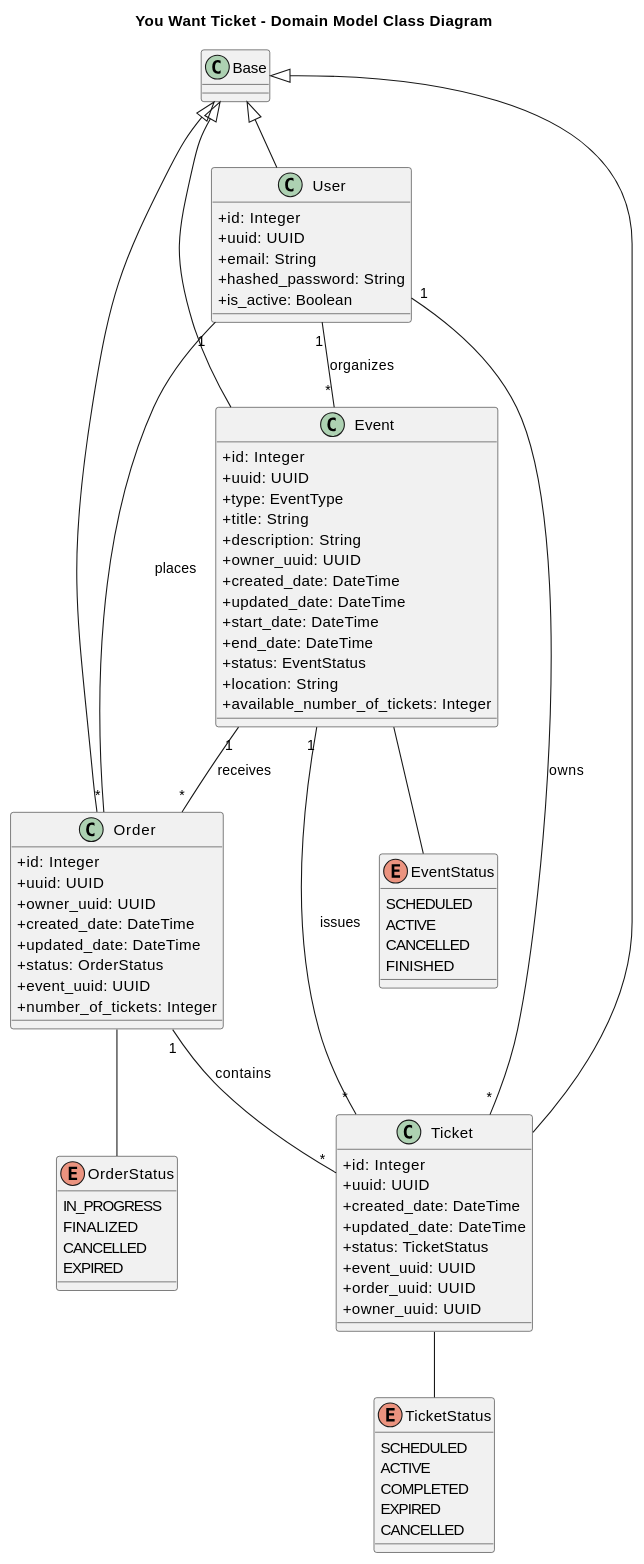
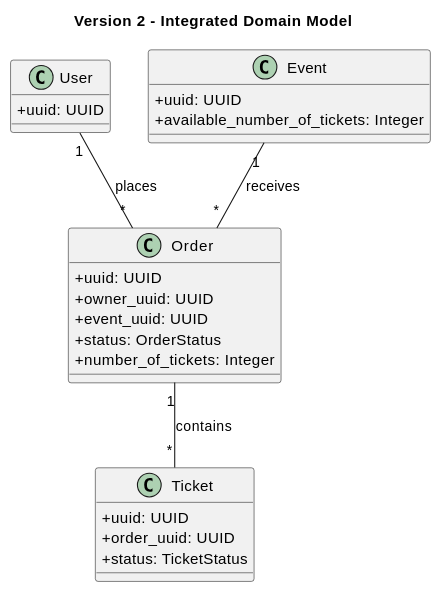
The third of 5 diagrams in diagrams/CLASS_DIAGRAMS.md (NikosKoutsoukosPrelorentzos/you-want-ticket), drawn with PlantUML before and after one commit. The commit also changed other lines of this file and 17 other files, not shown here.

First line of the commit message:
Refactor diagrams and update documentation for Sprint 2

````diff
--- a/diagrams/CLASS_DIAGRAMS.md
+++ b/diagrams/CLASS_DIAGRAMS.md
@@ -8,94 +82,33 @@
 ```plantuml
 @startuml
-title You Want Ticket - Domain Model Class Diagram
+title Version 2 - Integrated Domain Model
 skinparam classAttributeIconSize 0
 
-class Base {
-}
-
 class User {
-    +id: Integer
     +uuid: UUID
-    +email: String
-    +hashed_password: String
-    +is_active: Boolean
 }
 
 class Event {
-    +id: Integer
     +uuid: UUID
-    +type: EventType
-    +title: String
-    +description: String
-    +owner_uuid: UUID
-    +created_date: DateTime
-    +updated_date: DateTime
-    +start_date: DateTime
-    +end_date: DateTime
-    +status: EventStatus
-    +location: String
     +available_number_of_tickets: Integer
 }
 
 class Order {
-    +id: Integer
     +uuid: UUID
     +owner_uuid: UUID
-    +created_date: DateTime
-    +updated_date: DateTime
+    +event_uuid: UUID
     +status: OrderStatus
-    +event_uuid: UUID
     +number_of_tickets: Integer
 }
 
 class Ticket {
-    +id: Integer
     +uuid: UUID
-    +created_date: DateTime
-    +updated_date: DateTime
+    +order_uuid: UUID
     +status: TicketStatus
-    +event_uuid: UUID
-    +order_uuid: UUID
-    +owner_uuid: UUID
 }
 
-enum EventStatus {
-    SCHEDULED
-    ACTIVE
-    CANCELLED
-    FINISHED
-}
-
-enum OrderStatus {
-    IN_PROGRESS
-    FINALIZED
-    CANCELLED
-    EXPIRED
-}
-
-enum TicketStatus {
-    SCHEDULED
-    ACTIVE
-    COMPLETED
-    EXPIRED
-    CANCELLED
-}
-
-Base <|-- User
-Base <|-- Event
-Base <|-- Order
-Base <|-- Ticket
-
-User "1" -- "*" Event : "organizes"
 User "1" -- "*" Order : "places"
-User "1" -- "*" Ticket : "owns"
 Event "1" -- "*" Order : "receives"
-Event "1" -- "*" Ticket : "issues"
 Order "1" -- "*" Ticket : "contains"
-
-Event -- EventStatus
-Order -- OrderStatus
-Ticket -- TicketStatus
-
 @enduml
 ```
````
